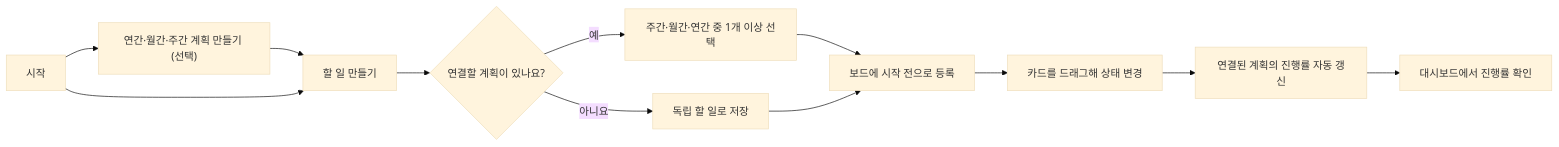
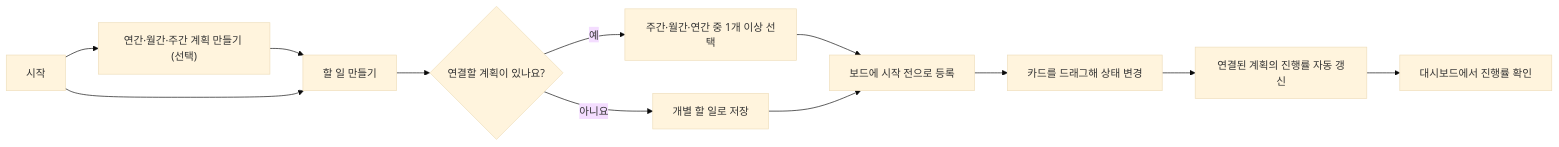
The first of 6 diagrams in docs/PRD.md (poguni/link-plan), drawn with Mermaid (base theme) before and after one commit. The commit also changed other lines of this file and 36 other files, not shown here.

````diff
--- a/docs/PRD.md
+++ b/docs/PRD.md
@@ -54,14 +54,14 @@
 ```mermaid
 flowchart LR
   A["시작"] --> B["연간·월간·주간 계획 만들기 (선택)"]
   B --> C["할 일 만들기"]
   A --> C
   C --> D{"연결할 계획이 있나요?"}
   D -- 예 --> E["주간·월간·연간 중 1개 이상 선택"]
-  D -- 아니요 --> F["독립 할 일로 저장"]
+  D -- 아니요 --> F["개별 할 일로 저장"]
   E --> G["보드에 시작 전으로 등록"]
   F --> G
   G --> H["카드를 드래그해 상태 변경"]
   H --> I["연결된 계획의 진행률 자동 갱신"]
   I --> J["대시보드에서 진행률 확인"]
 ```
````
